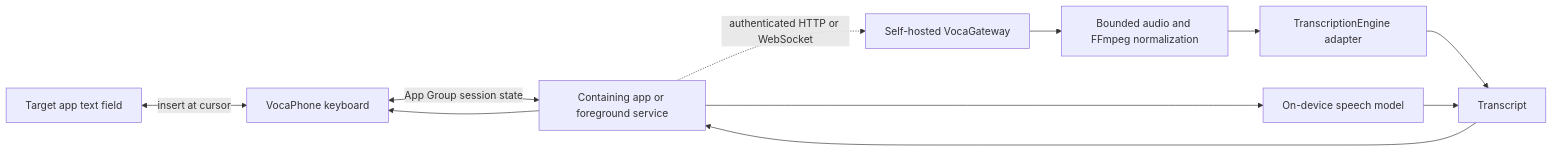
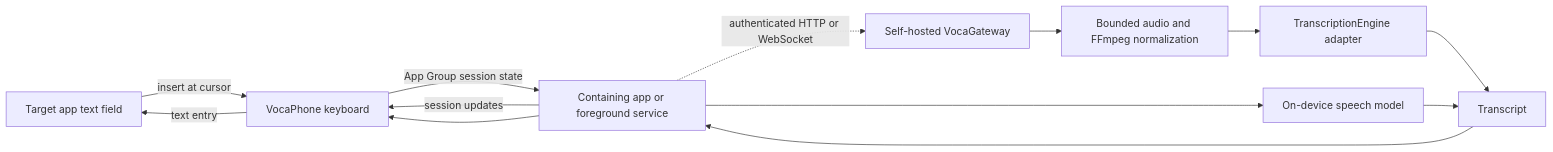
Before and after one commit to Mr-Sunglasses/vocaphone: the first of 5 diagrams in docs/explanation/architecture.md, drawn with Mermaid. The commit also changed 5 other files, not shown here.

Commit message:
fix: render Mermaid diagrams in docs dev server

````diff
--- a/docs/explanation/architecture.md
+++ b/docs/explanation/architecture.md
@@ -14,19 +14,21 @@
 ```mermaid
 flowchart LR
   field[Target app text field]
   keyboard[VocaPhone keyboard]
   app[Containing app or foreground service]
   local[On-device speech model]
   gateway[Self-hosted VocaGateway]
   normalize[Bounded audio and FFmpeg normalization]
   engine[TranscriptionEngine adapter]
   result[Transcript]
 
-  field <-->|insert at cursor| keyboard
-  keyboard <-->|App Group session state| app
+  field -->|insert at cursor| keyboard
+  keyboard -->|text entry| field
+  keyboard -->|App Group session state| app
+  app -->|session updates| keyboard
   app --> local
   app -. authenticated HTTP or WebSocket .-> gateway
   gateway --> normalize --> engine --> result
   local --> result
   result --> app --> keyboard
 ```
````
